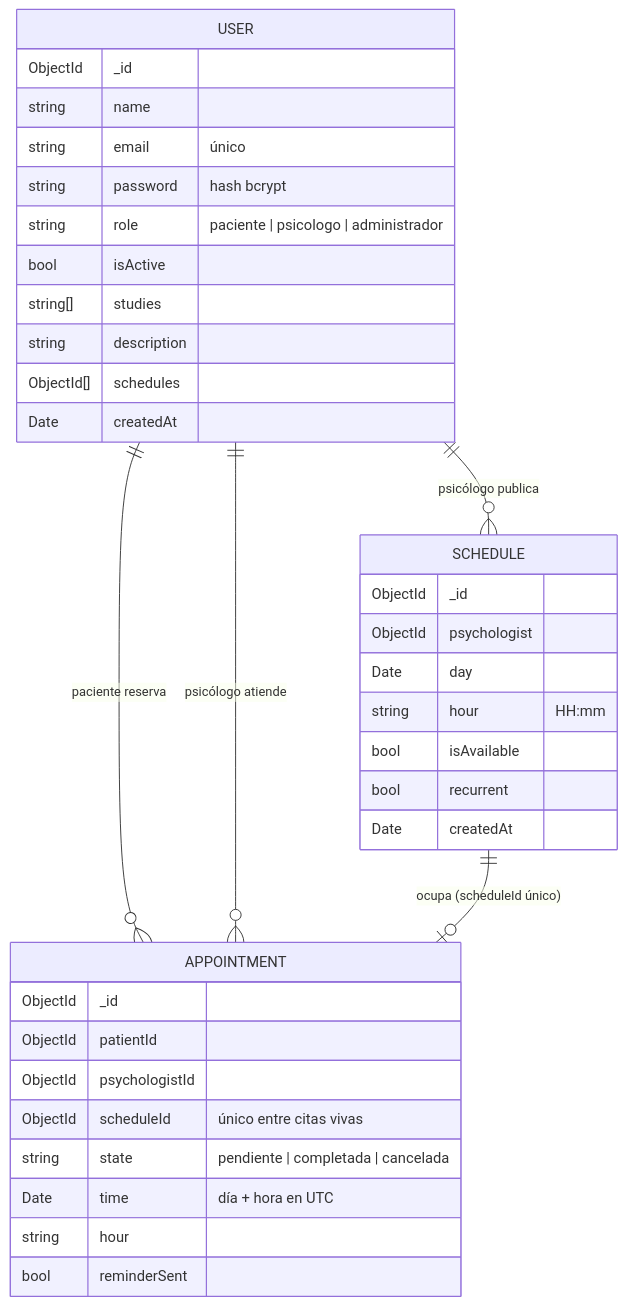
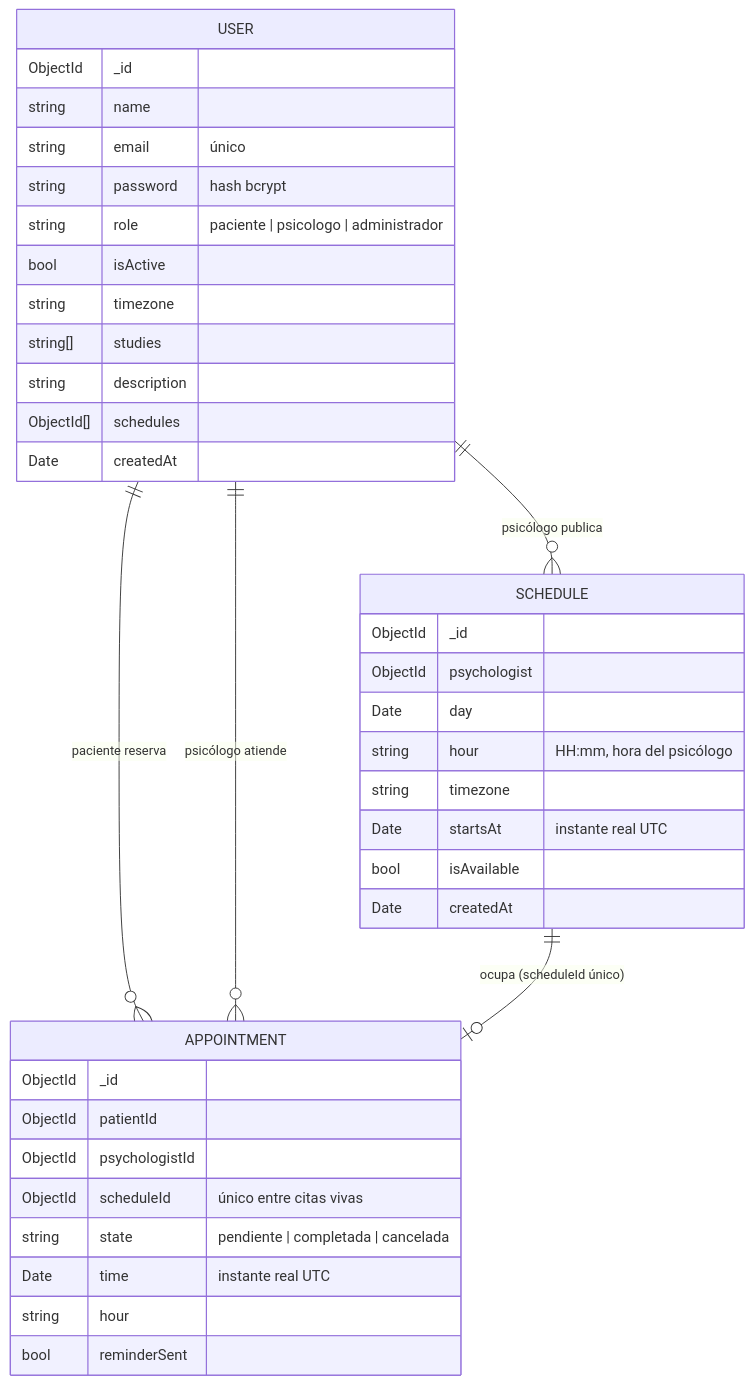
The diagram in docs/02-modelo-datos.md (raug09/Magicamente), drawn with Mermaid before and after one commit. The commit also changed 39 other files, not shown here.

First line of the commit message:
Pulido: validación zod, logger pino, Docker y comprobación del arranque real en CI

````diff
--- a/docs/02-modelo-datos.md
+++ b/docs/02-modelo-datos.md
@@ -5,38 +5,40 @@
 ```mermaid
 erDiagram
   USER ||--o{ SCHEDULE : "psicólogo publica"
   USER ||--o{ APPOINTMENT : "paciente reserva"
   USER ||--o{ APPOINTMENT : "psicólogo atiende"
   SCHEDULE ||--o| APPOINTMENT : "ocupa (scheduleId único)"
   USER {
     ObjectId _id
     string name
     string email "único"
     string password "hash bcrypt"
     string role "paciente | psicologo | administrador"
     bool isActive
+    string timezone
     string[] studies
     string description
     ObjectId[] schedules
     Date createdAt
   }
   SCHEDULE {
     ObjectId _id
     ObjectId psychologist
     Date day
-    string hour "HH:mm"
+    string hour "HH:mm, hora del psicólogo"
+    string timezone
+    Date startsAt "instante real UTC"
     bool isAvailable
-    bool recurrent
     Date createdAt
   }
   APPOINTMENT {
     ObjectId _id
     ObjectId patientId
     ObjectId psychologistId
     ObjectId scheduleId "único entre citas vivas"
     string state "pendiente | completada | cancelada"
-    Date time "día + hora en UTC"
+    Date time "instante real UTC"
     string hour
     bool reminderSent
   }
 ```
````
